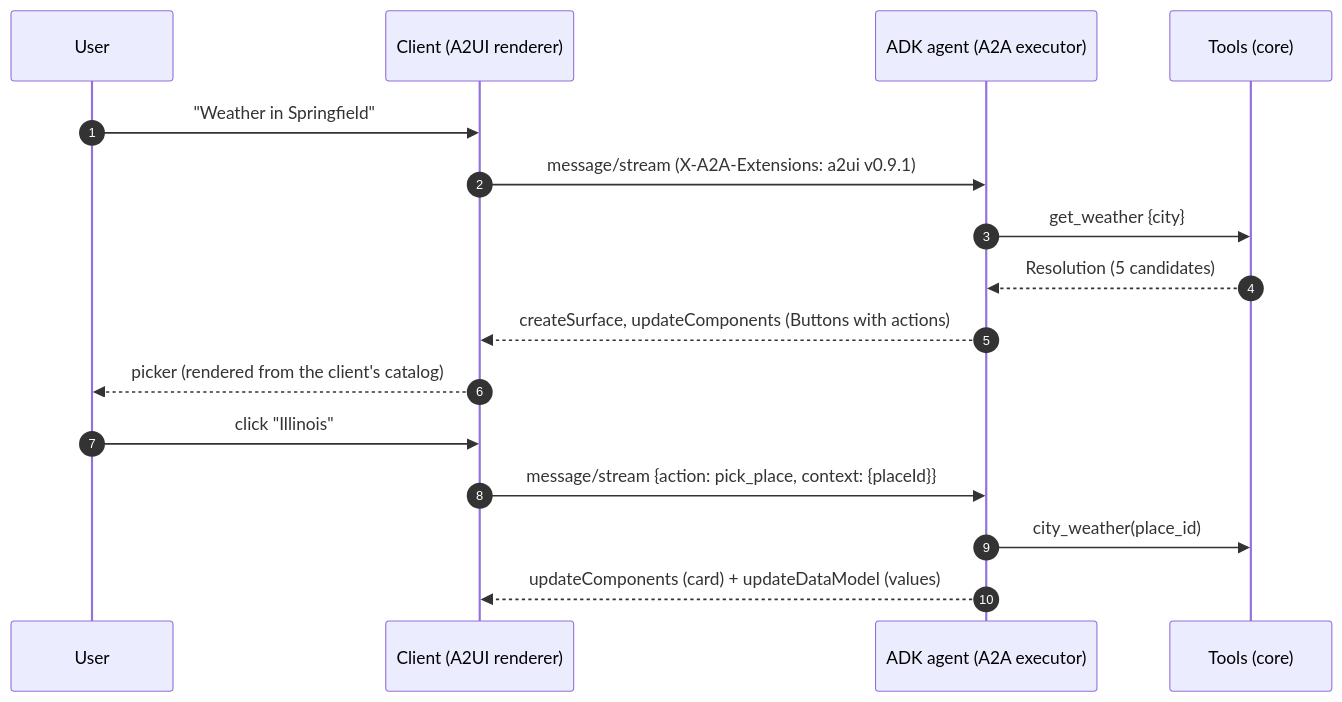
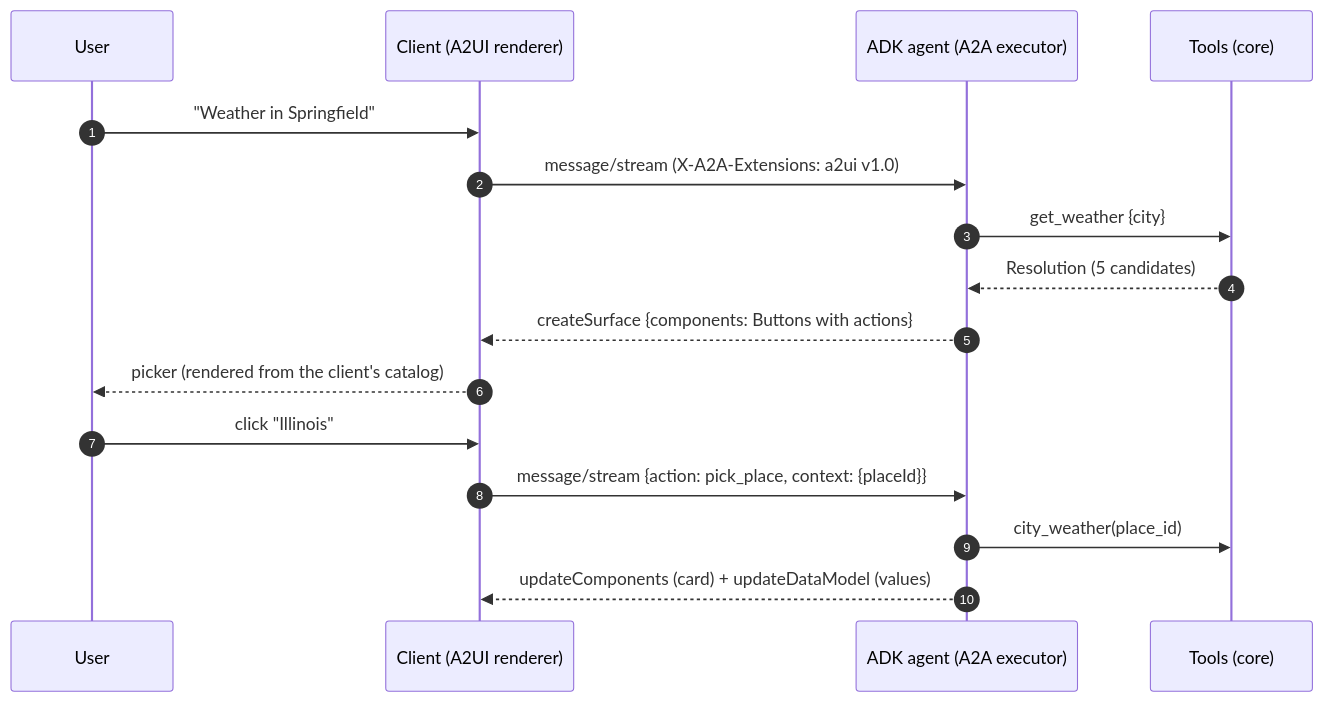
One commit to batou9150/agentic-ui-compared changed the third of 5 diagrams in docs/ARCHITECTURE.md. Above: the diagram before and after it, drawn with Mermaid. The commit also changed other lines of this file and 37 other files, not shown here.

````diff
--- a/docs/ARCHITECTURE.md
+++ b/docs/ARCHITECTURE.md
@@ -90,18 +91,18 @@
 ```mermaid
 sequenceDiagram
   autonumber
   participant U as User
   participant C as Client (A2UI renderer)
   participant A as ADK agent (A2A executor)
   participant T as Tools (core)
   U->>C: "Weather in Springfield"
-  C->>A: message/stream (X-A2A-Extensions: a2ui v0.9.1)
+  C->>A: message/stream (X-A2A-Extensions: a2ui v1.0)
   A->>T: get_weather {city}
   T-->>A: Resolution (5 candidates)
-  A-->>C: createSurface, updateComponents (Buttons with actions)
+  A-->>C: createSurface {components: Buttons with actions}
   C-->>U: picker (rendered from the client's catalog)
   U->>C: click "Illinois"
   C->>A: message/stream {action: pick_place, context: {placeId}}
   A->>T: city_weather(place_id)
   A-->>C: updateComponents (card) + updateDataModel (values)
 ```
````
